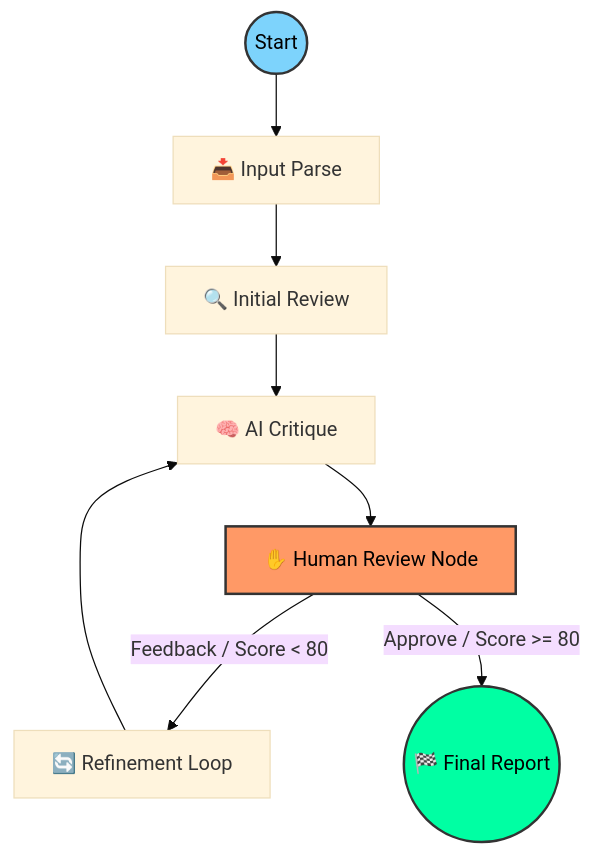
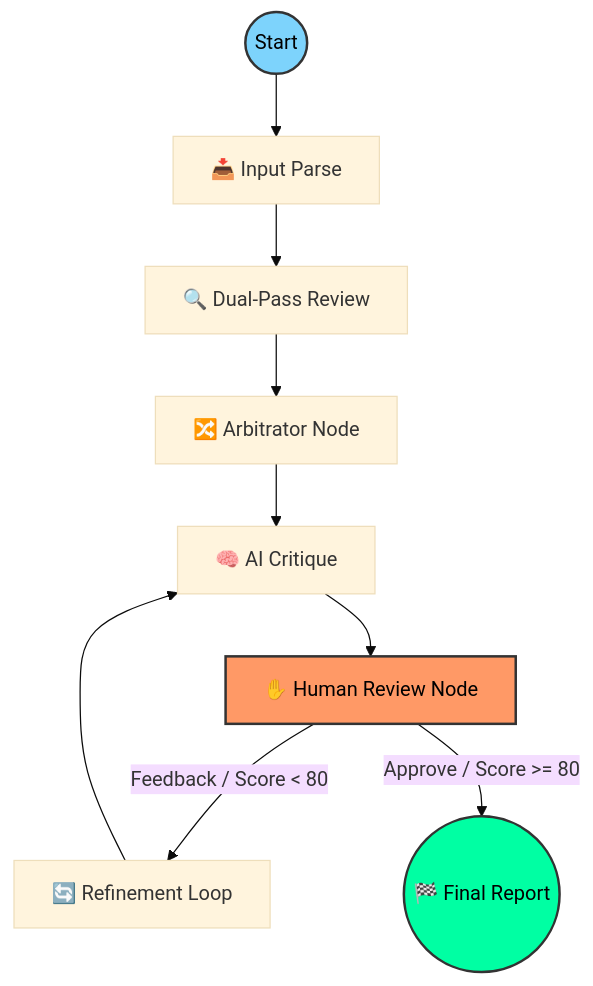
One commit to naveensingh-dev/GitMind changed the diagram in README.md. Above: the diagram before and after it, drawn with Mermaid (base theme). The commit also changed other lines of this file, not shown here.

Commit message:
docs: reflect new dual-pass pipeline and history features in README

````diff
--- a/README.md
+++ b/README.md
@@ -32,16 +33,17 @@
 ```mermaid
 graph TD
     Start((Start)) --> Input[📥 Input Parse]
-    Input --> Review[🔍 Initial Review]
-    Review --> Critique[🧠 AI Critique]
+    Input --> DP[🔍 Dual-Pass Review]
+    DP --> Arb[🔀 Arbitrator Node]
+    Arb --> Critique[🧠 AI Critique]
     Critique --> HITL[✋ Human Review Node]
     
     HITL -- "Feedback / Score < 80" --> Refine[🔄 Refinement Loop]
     Refine --> Critique
     
     HITL -- "Approve / Score >= 80" --> End((🏁 Final Report))
     
     style HITL fill:#f96,stroke:#333,stroke-width:2px,color:#000
     style End fill:#00ffa3,stroke:#333,stroke-width:2px,color:#000
     style Start fill:#7dd3fc,stroke:#333,stroke-width:2px,color:#000
 ```
````
